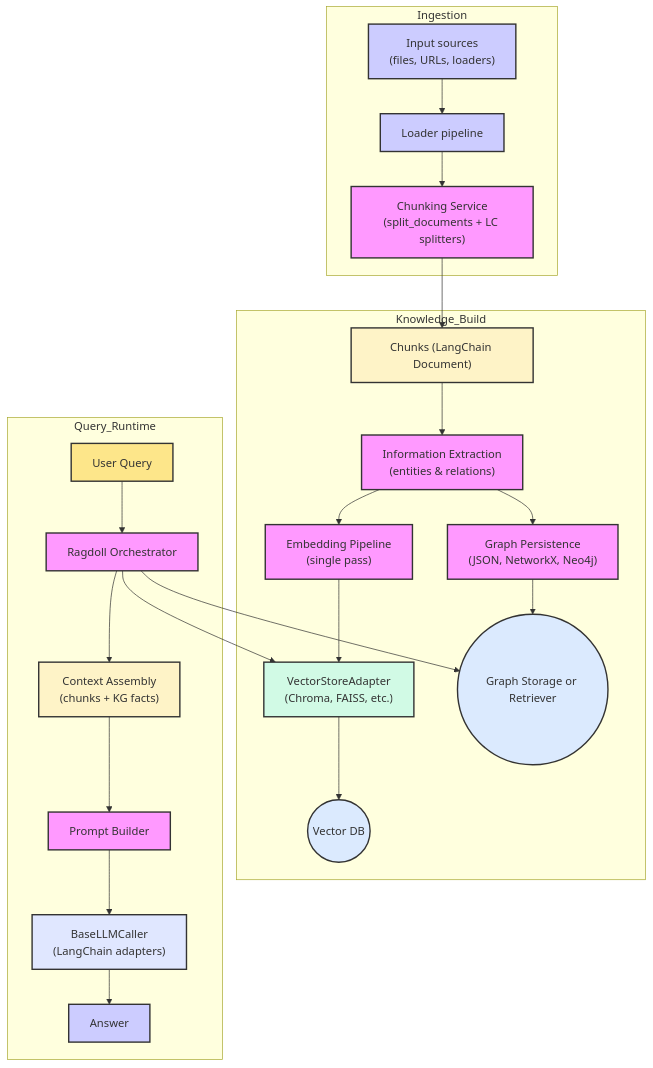
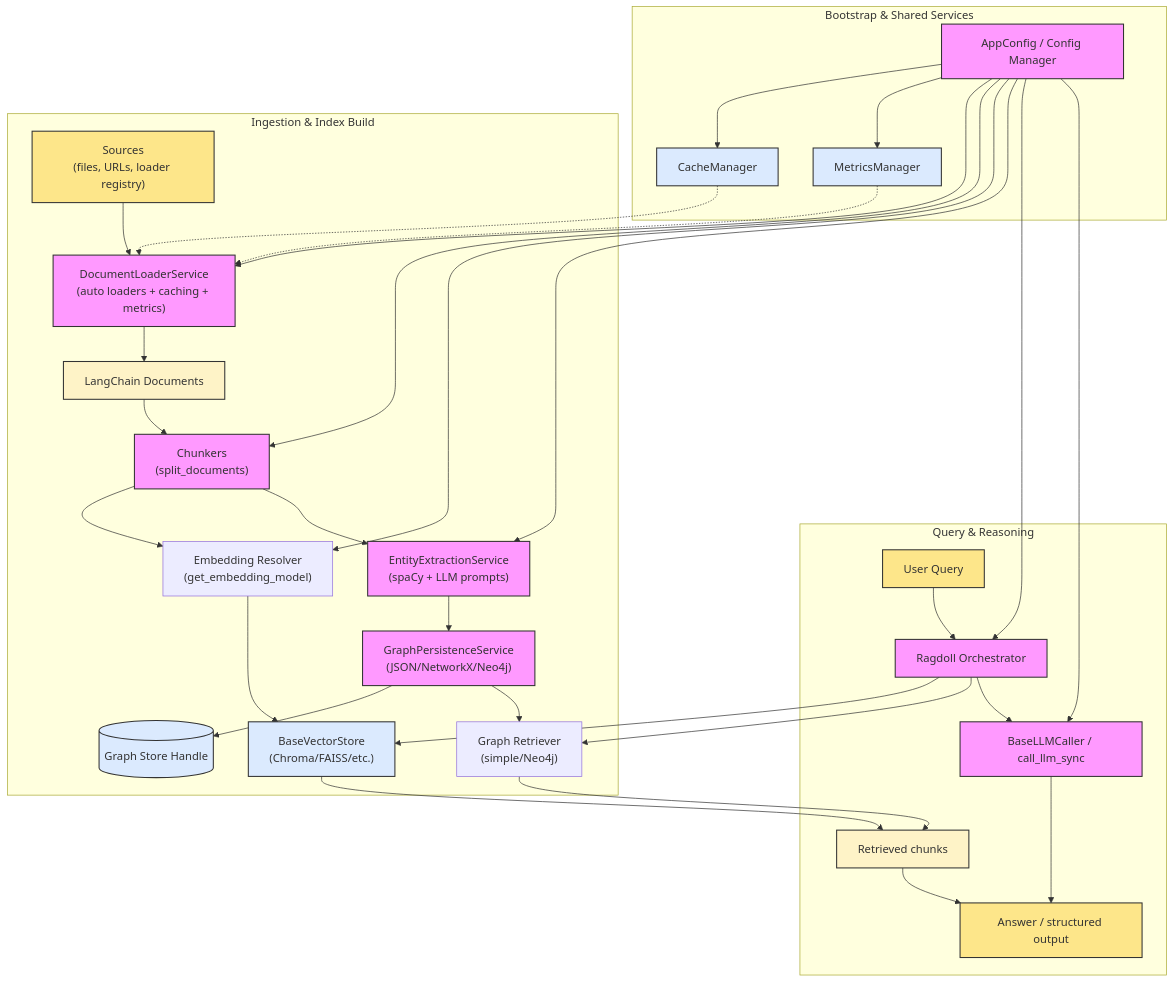
One commit to nsasto/RAGdoll changed the diagram in docs/architecture.md. Above: the diagram before and after it, drawn with Mermaid. The commit also changed 4 other files, not shown here.

````diff
--- a/docs/architecture.md
+++ b/docs/architecture.md
@@ -5,47 +5,51 @@
 ```mermaid
 graph TD
-    %% Ingestion + Chunking
-    subgraph Ingestion
-        A["Input sources<br/>(files, URLs, loaders)"] --> B["Loader pipeline"]
-        B --> C["Chunking Service<br/>(split_documents + LC splitters)"]
-    end
-    C --> D["Chunks (LangChain Document)"]
-
-    %% Knowledge Construction
-    subgraph Knowledge_Build
-        D --> E["Information Extraction<br/>(entities & relations)"]
-        E --> F["Graph Persistence<br/>(JSON, NetworkX, Neo4j)"]
-        E --> G["Embedding Pipeline<br/>(single pass)"]
-        G --> H["VectorStoreAdapter<br/>(Chroma, FAISS, etc.)"]
-        F --> I(("Graph Storage or Retriever"))
-        H --> J(("Vector DB"))
+    subgraph Shared_Config["Bootstrap & Shared Services"]
+        CFG["AppConfig / Config Manager"]
+        CACHE["CacheManager"]
+        METRICS["MetricsManager"]
+        CFG --> CACHE
+        CFG --> METRICS
     end
 
-    %% Query + Reasoning
-    subgraph Query_Runtime
-        Q["User Query"] --> R["Ragdoll Orchestrator"]
-        R --> H
-        R --> I
-        R --> S["Context Assembly<br/>(chunks + KG facts)"]
-        S --> T["Prompt Builder"]
-        T --> U["BaseLLMCaller<br/>(LangChain adapters)"]
-        U --> V["Answer"]
+    subgraph Ingestion["Ingestion & Index Build"]
+        SRC["Sources<br/>(files, URLs, loader registry)"] --> LOADER["DocumentLoaderService<br/>(auto loaders + caching + metrics)"]
+        CACHE -.-> LOADER
+        METRICS -.-> LOADER
+        CFG --> LOADER
+        LOADER --> DOCS["LangChain Documents"]
+        DOCS --> CHUNK["Chunkers<br/>(split_documents)"]
+        CFG --> CHUNK
+        CHUNK --> EMB["Embedding Resolver<br/>(get_embedding_model)"]
+        CFG --> EMB
+        EMB --> VSTORE["BaseVectorStore<br/>(Chroma/FAISS/etc.)"]
+        CHUNK --> ENT["EntityExtractionService<br/>(spaCy + LLM prompts)"]
+        CFG --> ENT
+        ENT --> GPERSIST["GraphPersistenceService<br/>(JSON/NetworkX/Neo4j)"]
+        GPERSIST --> GRAPHSTORE[("Graph Store Handle")]
+        GPERSIST --> GRETR["Graph Retriever<br/>(simple/Neo4j)"]
     end
 
-    style A fill:#ccf,stroke:#333,stroke-width:2px
-    style B fill:#ccf,stroke:#333,stroke-width:2px
-    style C fill:#f9f,stroke:#333,stroke-width:2px
-    style D fill:#fef3c7,stroke:#333,stroke-width:2px
-    style E fill:#f9f,stroke:#333,stroke-width:2px
-    style F fill:#f9f,stroke:#333,stroke-width:2px
-    style G fill:#f9f,stroke:#333,stroke-width:2px
-    style H fill:#d1fae5,stroke:#333,stroke-width:2px
-    style I fill:#dbeafe,stroke:#333,stroke-width:2px
-    style J fill:#dbeafe,stroke:#333,stroke-width:2px
-    style Q fill:#fde68a,stroke:#333,stroke-width:2px
-    style R fill:#f9f,stroke:#333,stroke-width:2px
-    style S fill:#fef3c7,stroke:#333,stroke-width:2px
-    style T fill:#f9f,stroke:#333,stroke-width:2px
-    style U fill:#e0e7ff,stroke:#333,stroke-width:2px
-    style V fill:#ccf,stroke:#333,stroke-width:2px
+    subgraph Query["Query & Reasoning"]
+        USER["User Query"] --> RAG["Ragdoll Orchestrator"]
+        CFG --> RAG
+        RAG --> VSTORE
+        RAG --> GRETR
+        VSTORE --> CONTEXT["Retrieved chunks"]
+        GRETR --> CONTEXT
+        RAG --> LLM["BaseLLMCaller / call_llm_sync"]
+        CFG --> LLM
+        LLM --> ANSWER["Answer / structured output"]
+        CONTEXT --> ANSWER
+    end
+
+    classDef service fill:#f9f,stroke:#333,stroke-width:1.5px;
+    classDef storage fill:#dbeafe,stroke:#333,stroke-width:1.5px;
+    classDef data fill:#fef3c7,stroke:#333,stroke-width:1.5px;
+    classDef io fill:#fde68a,stroke:#333,stroke-width:1.5px;
+
+    class CFG,LOADER,CHUNK,ENT,GPERSIST,RAG,LLM service;
+    class CACHE,METRICS,GRAPHSTORE,VSTORE storage;
+    class DOCS,CONTEXT data;
+    class SRC,USER,ANSWER io;
 ```
````
